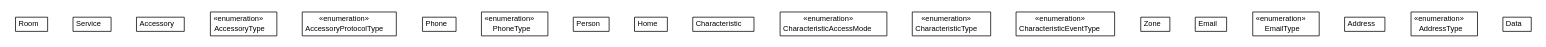
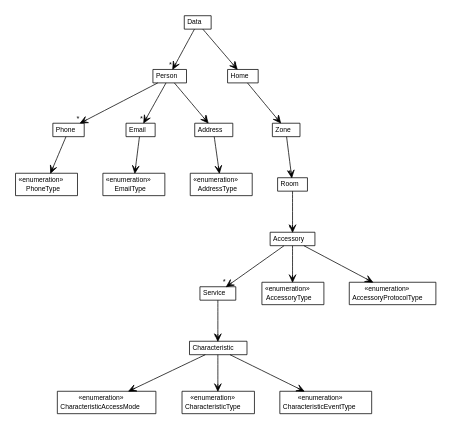
Before and after one commit to ericpinet/ConnectLife: the diagram in javadoc/clapi/com/clapi/data/com.clapi.data.dot, drawn with Graphviz. The commit also changed 432 other files, not shown here.

```diff
--- a/javadoc/clapi/com/clapi/data/com.clapi.data.dot
+++ b/javadoc/clapi/com/clapi/data/com.clapi.data.dot
@@ -14,121 +14,157 @@
 		<tr><td><table border="0" cellspacing="0" cellpadding="1">
 <tr><td align="center" balign="center"> Room </td></tr>
 		</table></td></tr>
-		</table>>, fontname="Helvetica", fontcolor="black", fontsize=10.0];
+		</table>>, fontname="Helvetica", fontcolor="black", fontsize=9.0];
 	// com.clapi.data.Service
 	c24 [label=<<table title="com.clapi.data.Service" border="0" cellborder="1" cellspacing="0" cellpadding="2" port="p" href="./Service.html">
 		<tr><td><table border="0" cellspacing="0" cellpadding="1">
 <tr><td align="center" balign="center"> Service </td></tr>
 		</table></td></tr>
-		</table>>, fontname="Helvetica", fontcolor="black", fontsize=10.0];
+		</table>>, fontname="Helvetica", fontcolor="black", fontsize=9.0];
 	// com.clapi.data.Accessory
 	c25 [label=<<table title="com.clapi.data.Accessory" border="0" cellborder="1" cellspacing="0" cellpadding="2" port="p" href="./Accessory.html">
 		<tr><td><table border="0" cellspacing="0" cellpadding="1">
 <tr><td align="center" balign="center"> Accessory </td></tr>
 		</table></td></tr>
-		</table>>, fontname="Helvetica", fontcolor="black", fontsize=10.0];
+		</table>>, fontname="Helvetica", fontcolor="black", fontsize=9.0];
 	// com.clapi.data.Accessory.AccessoryType
 	c26 [label=<<table title="com.clapi.data.Accessory.AccessoryType" border="0" cellborder="1" cellspacing="0" cellpadding="2" port="p" href="./Accessory.AccessoryType.html">
 		<tr><td><table border="0" cellspacing="0" cellpadding="1">
 <tr><td align="center" balign="center"> &#171;enumeration&#187; </td></tr>
 <tr><td align="center" balign="center"> AccessoryType </td></tr>
 		</table></td></tr>
-		</table>>, fontname="Helvetica", fontcolor="black", fontsize=10.0];
+		</table>>, fontname="Helvetica", fontcolor="black", fontsize=9.0];
 	// com.clapi.data.Accessory.AccessoryProtocolType
 	c27 [label=<<table title="com.clapi.data.Accessory.AccessoryProtocolType" border="0" cellborder="1" cellspacing="0" cellpadding="2" port="p" href="./Accessory.AccessoryProtocolType.html">
 		<tr><td><table border="0" cellspacing="0" cellpadding="1">
 <tr><td align="center" balign="center"> &#171;enumeration&#187; </td></tr>
 <tr><td align="center" balign="center"> AccessoryProtocolType </td></tr>
 		</table></td></tr>
-		</table>>, fontname="Helvetica", fontcolor="black", fontsize=10.0];
+		</table>>, fontname="Helvetica", fontcolor="black", fontsize=9.0];
 	// com.clapi.data.Phone
 	c28 [label=<<table title="com.clapi.data.Phone" border="0" cellborder="1" cellspacing="0" cellpadding="2" port="p" href="./Phone.html">
 		<tr><td><table border="0" cellspacing="0" cellpadding="1">
 <tr><td align="center" balign="center"> Phone </td></tr>
 		</table></td></tr>
-		</table>>, fontname="Helvetica", fontcolor="black", fontsize=10.0];
+		</table>>, fontname="Helvetica", fontcolor="black", fontsize=9.0];
 	// com.clapi.data.Phone.PhoneType
 	c29 [label=<<table title="com.clapi.data.Phone.PhoneType" border="0" cellborder="1" cellspacing="0" cellpadding="2" port="p" href="./Phone.PhoneType.html">
 		<tr><td><table border="0" cellspacing="0" cellpadding="1">
 <tr><td align="center" balign="center"> &#171;enumeration&#187; </td></tr>
 <tr><td align="center" balign="center"> PhoneType </td></tr>
 		</table></td></tr>
-		</table>>, fontname="Helvetica", fontcolor="black", fontsize=10.0];
+		</table>>, fontname="Helvetica", fontcolor="black", fontsize=9.0];
 	// com.clapi.data.Person
 	c30 [label=<<table title="com.clapi.data.Person" border="0" cellborder="1" cellspacing="0" cellpadding="2" port="p" href="./Person.html">
 		<tr><td><table border="0" cellspacing="0" cellpadding="1">
 <tr><td align="center" balign="center"> Person </td></tr>
 		</table></td></tr>
-		</table>>, fontname="Helvetica", fontcolor="black", fontsize=10.0];
+		</table>>, fontname="Helvetica", fontcolor="black", fontsize=9.0];
 	// com.clapi.data.Home
 	c31 [label=<<table title="com.clapi.data.Home" border="0" cellborder="1" cellspacing="0" cellpadding="2" port="p" href="./Home.html">
 		<tr><td><table border="0" cellspacing="0" cellpadding="1">
 <tr><td align="center" balign="center"> Home </td></tr>
 		</table></td></tr>
-		</table>>, fontname="Helvetica", fontcolor="black", fontsize=10.0];
+		</table>>, fontname="Helvetica", fontcolor="black", fontsize=9.0];
 	// com.clapi.data.Characteristic
 	c32 [label=<<table title="com.clapi.data.Characteristic" border="0" cellborder="1" cellspacing="0" cellpadding="2" port="p" href="./Characteristic.html">
 		<tr><td><table border="0" cellspacing="0" cellpadding="1">
 <tr><td align="center" balign="center"> Characteristic </td></tr>
 		</table></td></tr>
-		</table>>, fontname="Helvetica", fontcolor="black", fontsize=10.0];
+		</table>>, fontname="Helvetica", fontcolor="black", fontsize=9.0];
 	// com.clapi.data.Characteristic.CharacteristicAccessMode
 	c33 [label=<<table title="com.clapi.data.Characteristic.CharacteristicAccessMode" border="0" cellborder="1" cellspacing="0" cellpadding="2" port="p" href="./Characteristic.CharacteristicAccessMode.html">
 		<tr><td><table border="0" cellspacing="0" cellpadding="1">
 <tr><td align="center" balign="center"> &#171;enumeration&#187; </td></tr>
 <tr><td align="center" balign="center"> CharacteristicAccessMode </td></tr>
 		</table></td></tr>
-		</table>>, fontname="Helvetica", fontcolor="black", fontsize=10.0];
+		</table>>, fontname="Helvetica", fontcolor="black", fontsize=9.0];
 	// com.clapi.data.Characteristic.CharacteristicType
 	c34 [label=<<table title="com.clapi.data.Characteristic.CharacteristicType" border="0" cellborder="1" cellspacing="0" cellpadding="2" port="p" href="./Characteristic.CharacteristicType.html">
 		<tr><td><table border="0" cellspacing="0" cellpadding="1">
 <tr><td align="center" balign="center"> &#171;enumeration&#187; </td></tr>
 <tr><td align="center" balign="center"> CharacteristicType </td></tr>
 		</table></td></tr>
-		</table>>, fontname="Helvetica", fontcolor="black", fontsize=10.0];
+		</table>>, fontname="Helvetica", fontcolor="black", fontsize=9.0];
 	// com.clapi.data.Characteristic.CharacteristicEventType
 	c35 [label=<<table title="com.clapi.data.Characteristic.CharacteristicEventType" border="0" cellborder="1" cellspacing="0" cellpadding="2" port="p" href="./Characteristic.CharacteristicEventType.html">
 		<tr><td><table border="0" cellspacing="0" cellpadding="1">
 <tr><td align="center" balign="center"> &#171;enumeration&#187; </td></tr>
 <tr><td align="center" balign="center"> CharacteristicEventType </td></tr>
 		</table></td></tr>
-		</table>>, fontname="Helvetica", fontcolor="black", fontsize=10.0];
+		</table>>, fontname="Helvetica", fontcolor="black", fontsize=9.0];
 	// com.clapi.data.Zone
 	c36 [label=<<table title="com.clapi.data.Zone" border="0" cellborder="1" cellspacing="0" cellpadding="2" port="p" href="./Zone.html">
 		<tr><td><table border="0" cellspacing="0" cellpadding="1">
 <tr><td align="center" balign="center"> Zone </td></tr>
 		</table></td></tr>
-		</table>>, fontname="Helvetica", fontcolor="black", fontsize=10.0];
+		</table>>, fontname="Helvetica", fontcolor="black", fontsize=9.0];
 	// com.clapi.data.Email
 	c37 [label=<<table title="com.clapi.data.Email" border="0" cellborder="1" cellspacing="0" cellpadding="2" port="p" href="./Email.html">
 		<tr><td><table border="0" cellspacing="0" cellpadding="1">
 <tr><td align="center" balign="center"> Email </td></tr>
 		</table></td></tr>
-		</table>>, fontname="Helvetica", fontcolor="black", fontsize=10.0];
+		</table>>, fontname="Helvetica", fontcolor="black", fontsize=9.0];
 	// com.clapi.data.Email.EmailType
 	c38 [label=<<table title="com.clapi.data.Email.EmailType" border="0" cellborder="1" cellspacing="0" cellpadding="2" port="p" href="./Email.EmailType.html">
 		<tr><td><table border="0" cellspacing="0" cellpadding="1">
 <tr><td align="center" balign="center"> &#171;enumeration&#187; </td></tr>
 <tr><td align="center" balign="center"> EmailType </td></tr>
 		</table></td></tr>
-		</table>>, fontname="Helvetica", fontcolor="black", fontsize=10.0];
+		</table>>, fontname="Helvetica", fontcolor="black", fontsize=9.0];
 	// com.clapi.data.Address
 	c39 [label=<<table title="com.clapi.data.Address" border="0" cellborder="1" cellspacing="0" cellpadding="2" port="p" href="./Address.html">
 		<tr><td><table border="0" cellspacing="0" cellpadding="1">
 <tr><td align="center" balign="center"> Address </td></tr>
 		</table></td></tr>
-		</table>>, fontname="Helvetica", fontcolor="black", fontsize=10.0];
+		</table>>, fontname="Helvetica", fontcolor="black", fontsize=9.0];
 	// com.clapi.data.Address.AddressType
 	c40 [label=<<table title="com.clapi.data.Address.AddressType" border="0" cellborder="1" cellspacing="0" cellpadding="2" port="p" href="./Address.AddressType.html">
 		<tr><td><table border="0" cellspacing="0" cellpadding="1">
 <tr><td align="center" balign="center"> &#171;enumeration&#187; </td></tr>
 <tr><td align="center" balign="center"> AddressType </td></tr>
 		</table></td></tr>
-		</table>>, fontname="Helvetica", fontcolor="black", fontsize=10.0];
+		</table>>, fontname="Helvetica", fontcolor="black", fontsize=9.0];
 	// com.clapi.data.Data
 	c41 [label=<<table title="com.clapi.data.Data" border="0" cellborder="1" cellspacing="0" cellpadding="2" port="p" href="./Data.html">
 		<tr><td><table border="0" cellspacing="0" cellpadding="1">
 <tr><td align="center" balign="center"> Data </td></tr>
 		</table></td></tr>
-		</table>>, fontname="Helvetica", fontcolor="black", fontsize=10.0];
+		</table>>, fontname="Helvetica", fontcolor="black", fontsize=9.0];
+	// com.clapi.data.Room NAVASSOC com.clapi.data.Accessory
+	c23:p -> c25:p [taillabel="", label="", headlabel="*", fontname="Helvetica", fontcolor="black", fontsize=10.0, color="black", arrowhead=open];
+	// com.clapi.data.Service NAVASSOC com.clapi.data.Characteristic
+	c24:p -> c32:p [taillabel="", label="", headlabel="*", fontname="Helvetica", fontcolor="black", fontsize=10.0, color="black", arrowhead=open];
+	// com.clapi.data.Accessory NAVASSOC com.clapi.data.Service
+	c25:p -> c24:p [taillabel="", label="", headlabel="*", fontname="Helvetica", fontcolor="black", fontsize=10.0, color="black", arrowhead=open];
+	// com.clapi.data.Accessory NAVASSOC com.clapi.data.Accessory.AccessoryType
+	c25:p -> c26:p [taillabel="", label="", headlabel="", fontname="Helvetica", fontcolor="black", fontsize=10.0, color="black", arrowhead=open];
+	// com.clapi.data.Accessory NAVASSOC com.clapi.data.Accessory.AccessoryProtocolType
+	c25:p -> c27:p [taillabel="", label="", headlabel="", fontname="Helvetica", fontcolor="black", fontsize=10.0, color="black", arrowhead=open];
+	// com.clapi.data.Phone NAVASSOC com.clapi.data.Phone.PhoneType
+	c28:p -> c29:p [taillabel="", label="", headlabel="", fontname="Helvetica", fontcolor="black", fontsize=10.0, color="black", arrowhead=open];
+	// com.clapi.data.Person NAVASSOC com.clapi.data.Email
+	c30:p -> c37:p [taillabel="", label="", headlabel="*", fontname="Helvetica", fontcolor="black", fontsize=10.0, color="black", arrowhead=open];
+	// com.clapi.data.Person NAVASSOC com.clapi.data.Phone
+	c30:p -> c28:p [taillabel="", label="", headlabel="*", fontname="Helvetica", fontcolor="black", fontsize=10.0, color="black", arrowhead=open];
+	// com.clapi.data.Person NAVASSOC com.clapi.data.Address
+	c30:p -> c39:p [taillabel="", label="", headlabel="*", fontname="Helvetica", fontcolor="black", fontsize=10.0, color="black", arrowhead=open];
+	// com.clapi.data.Home NAVASSOC com.clapi.data.Zone
+	c31:p -> c36:p [taillabel="", label="", headlabel="*", fontname="Helvetica", fontcolor="black", fontsize=10.0, color="black", arrowhead=open];
+	// com.clapi.data.Characteristic NAVASSOC com.clapi.data.Characteristic.CharacteristicAccessMode
+	c32:p -> c33:p [taillabel="", label="", headlabel="", fontname="Helvetica", fontcolor="black", fontsize=10.0, color="black", arrowhead=open];
+	// com.clapi.data.Characteristic NAVASSOC com.clapi.data.Characteristic.CharacteristicType
+	c32:p -> c34:p [taillabel="", label="", headlabel="", fontname="Helvetica", fontcolor="black", fontsize=10.0, color="black", arrowhead=open];
+	// com.clapi.data.Characteristic NAVASSOC com.clapi.data.Characteristic.CharacteristicEventType
+	c32:p -> c35:p [taillabel="", label="", headlabel="", fontname="Helvetica", fontcolor="black", fontsize=10.0, color="black", arrowhead=open];
+	// com.clapi.data.Zone NAVASSOC com.clapi.data.Room
+	c36:p -> c23:p [taillabel="", label="", headlabel="*", fontname="Helvetica", fontcolor="black", fontsize=10.0, color="black", arrowhead=open];
+	// com.clapi.data.Email NAVASSOC com.clapi.data.Email.EmailType
+	c37:p -> c38:p [taillabel="", label="", headlabel="", fontname="Helvetica", fontcolor="black", fontsize=10.0, color="black", arrowhead=open];
+	// com.clapi.data.Address NAVASSOC com.clapi.data.Address.AddressType
+	c39:p -> c40:p [taillabel="", label="", headlabel="", fontname="Helvetica", fontcolor="black", fontsize=10.0, color="black", arrowhead=open];
+	// com.clapi.data.Data NAVASSOC com.clapi.data.Person
+	c41:p -> c30:p [taillabel="", label="", headlabel="*", fontname="Helvetica", fontcolor="black", fontsize=10.0, color="black", arrowhead=open];
+	// com.clapi.data.Data NAVASSOC com.clapi.data.Home
+	c41:p -> c31:p [taillabel="", label="", headlabel="*", fontname="Helvetica", fontcolor="black", fontsize=10.0, color="black", arrowhead=open];
 }
```
